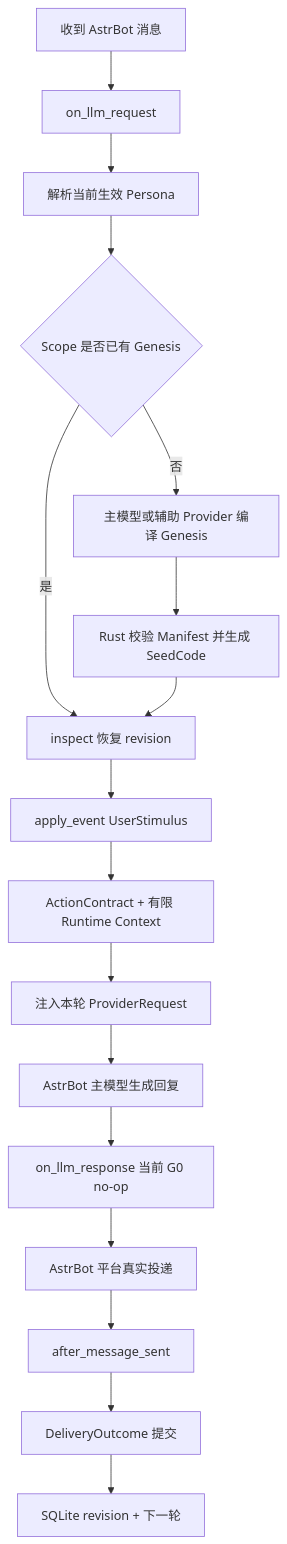
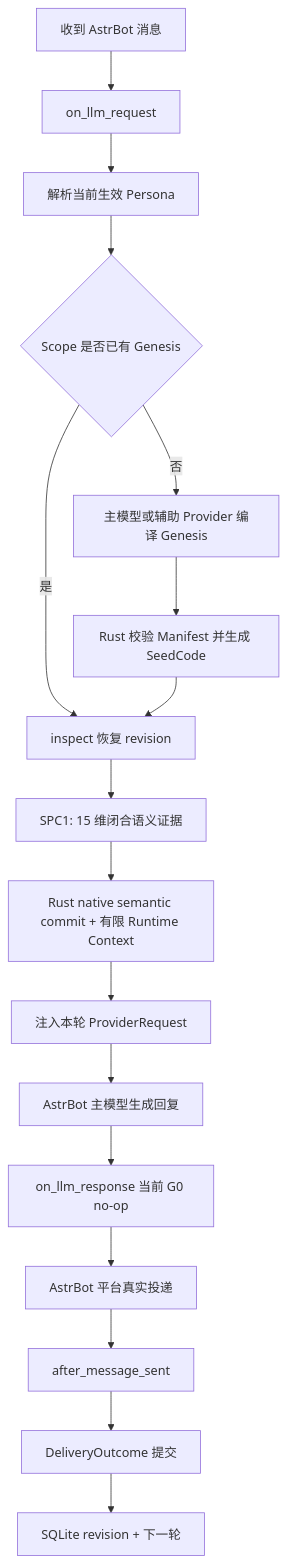
The ninth of 9 diagrams in README.md (2718labs/astrbot_plugin_astrembodiment), drawn with Mermaid before and after one commit. The commit also changed other lines of this file and 2 other files, not shown here.

````diff
--- a/README.md
+++ b/README.md
@@ -354,19 +336,19 @@
 ```mermaid
 flowchart TB
     A[收到 AstrBot 消息] --> B[on_llm_request]
     B --> C[解析当前生效 Persona]
     C --> D{Scope 是否已有 Genesis}
     D -- 否 --> E[主模型或辅助 Provider 编译 Genesis]
     E --> F[Rust 校验 Manifest 并生成 SeedCode]
     D -- 是 --> G[inspect 恢复 revision]
     F --> G
-    G --> H[apply_event UserStimulus]
-    H --> I[ActionContract + 有限 Runtime Context]
+    G --> H[SPC1: 15 维闭合语义证据]
+    H --> I[Rust native semantic commit + 有限 Runtime Context]
     I --> J[注入本轮 ProviderRequest]
     J --> K[AstrBot 主模型生成回复]
     K --> L[on_llm_response 当前 G0 no-op]
     L --> M[AstrBot 平台真实投递]
     M --> N[after_message_sent]
     N --> O[DeliveryOutcome 提交]
     O --> P[SQLite revision + 下一轮]
 ```
````
